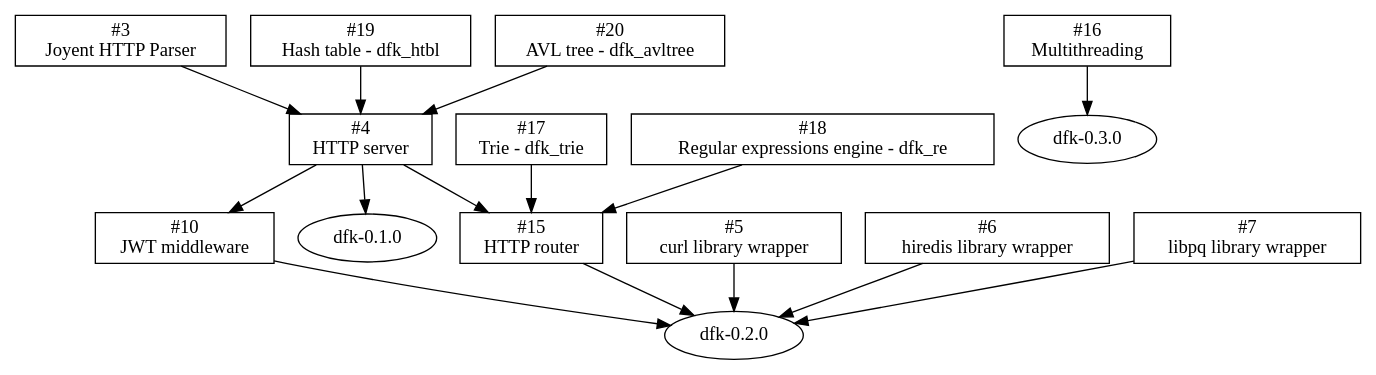
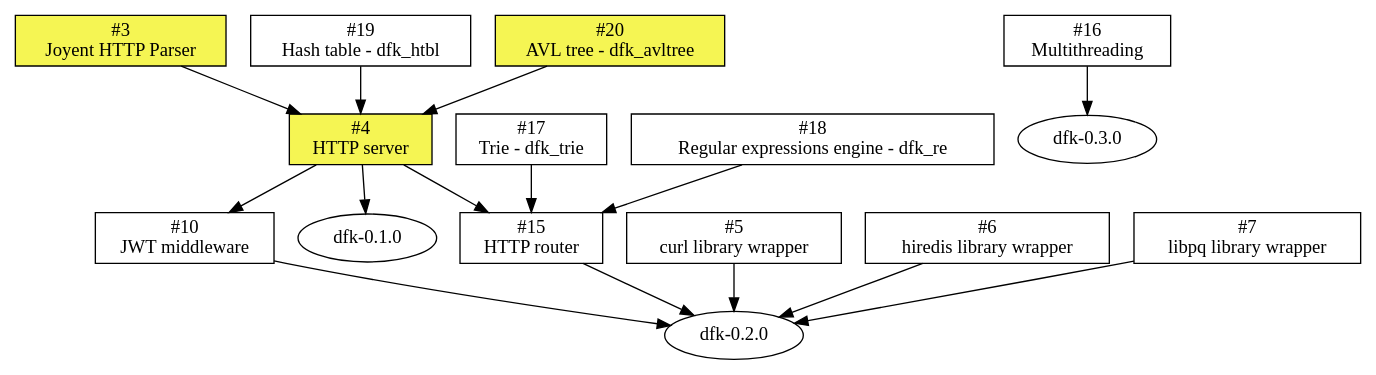
One commit to isn-/dfk changed the diagram in doc/roadmap.dot. Above: the diagram before and after it, drawn with Graphviz. The commit also changed 2 other files, not shown here.

Commit message:
doc: Update link to issue submission form, add color to roadmap

```diff
--- a/doc/roadmap.dot
+++ b/doc/roadmap.dot
@@ -1,48 +1,48 @@
 digraph "DFK Library Roadmap - Current" {
   node [shape=box];
   ratio="compress";
 
-  http_parser [label="#3\nJoyent HTTP Parser"];
+  http_parser [label="#3\nJoyent HTTP Parser" style=filled fillcolor="#F5F553"];
 
-  http_server [label="#4\nHTTP server"];
+  http_server [label="#4\nHTTP server" style=filled fillcolor="#F5F553"];
     http_parser -> http_server
     htbl -> http_server
     avltree -> http_server
 
   curl [label="#5\ncurl library wrapper"];
 
   redis [label="#6\nhiredis library wrapper"];
 
   libpq [label="#7\nlibpq library wrapper"];
 
   jwt [label="#10\nJWT middleware"];
     http_server -> jwt;
 
   mt [label="#16\nMultithreading"];
 
   trie [label="#17\nTrie - dfk_trie"];
 
   re [label="#18\nRegular expressions engine - dfk_re"];
 
   htbl [label="#19\nHash table - dfk_htbl"];
 
-  avltree [label="#20\nAVL tree - dfk_avltree"];
+  avltree [label="#20\nAVL tree - dfk_avltree" style=filled fillcolor="#F5F553"];
 
   router [label="#15\nHTTP router"];
     http_server -> router;
     trie -> router;
     re -> router;
 
   dfk010 [label="dfk-0.1.0" shape=oval];
     http_server -> dfk010
 
   dfk020 [label="dfk-0.2.0" shape=oval];
     jwt -> dfk020;
     redis -> dfk020;
     curl -> dfk020;
     libpq -> dfk020;
     router -> dfk020;
 
   dfk030 [label="dfk-0.3.0" shape=oval];
     mt -> dfk030;
 }
```
